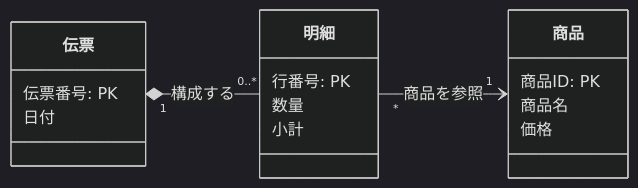
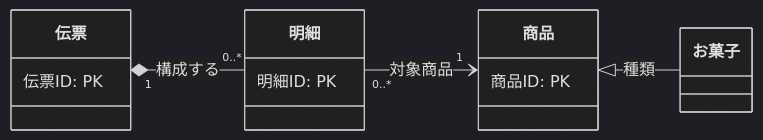
The second of 2 diagrams in docs/ja/specdojo/rulebooks/ccd-mermaid-rulebook.md (specdojo/specdojo), drawn with Mermaid (dark theme) before and after one commit. The commit also changed other lines of this file and 13 other files, not shown here.

Commit message:
exec(register PJR-M7KD): 概念クラス図（ccd）の型を、実装と同じことを書かない形に手入れする

````diff
--- a/docs/ja/specdojo/rulebooks/ccd-mermaid-rulebook.md
+++ b/docs/ja/specdojo/rulebooks/ccd-mermaid-rulebook.md
@@ -217,24 +206,22 @@
 ```mermaid
 classDiagram
 direction LR
 
 class 伝票 {
-  伝票番号: PK
-  日付
+  伝票ID: PK
 }
 
 class 明細 {
-  行番号: PK
-  数量
-  小計
+  明細ID: PK
 }
 
 class 商品 {
   商品ID: PK
-  商品名
-  価格
 }
 
+class お菓子 {}
+
+商品 <|-- お菓子 : 種類
 伝票 "1" *-- "0..*" 明細 : 構成する
-明細 "*" --> "1" 商品 : 商品を参照
+明細 "0..*" --> "1" 商品 : 対象商品
 ```
````
